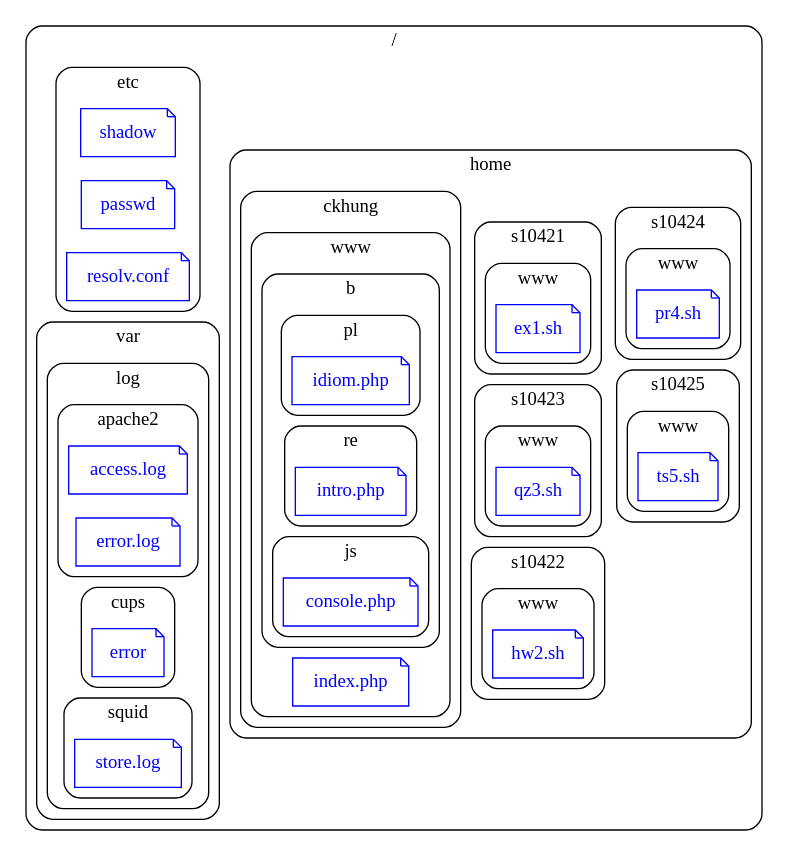
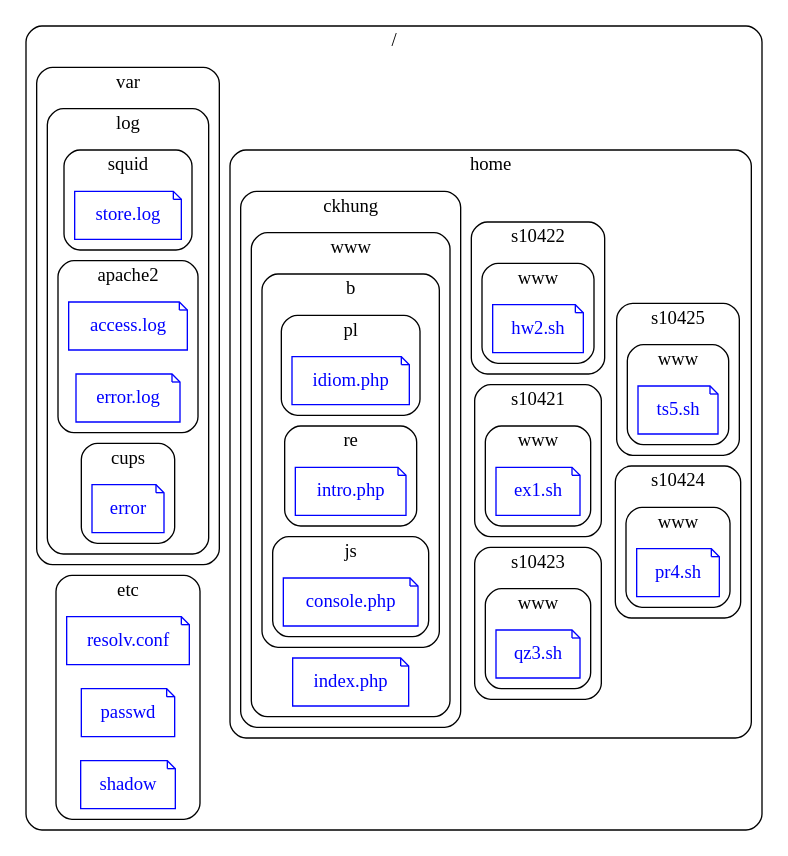
One commit to ckhung/dirtree2dot changed the diagram in ex1.dot. Above: the diagram before and after it, drawn with Graphviz. The commit also changed 6 other files, not shown here.

```diff
--- a/ex1.dot
+++ b/ex1.dot
@@ -1,99 +1,99 @@
 digraph G{
   rankdir = LR;
   overlap = scale;
   # http://www.graphviz.org/content/global-subgraph-style-statements
   graph [shape="folder", style="rounded"];
   node [shape="note", color="blue", fontcolor="blue"];
   edge [style=invis];
   subgraph "cluster" {
     label="/";
-    subgraph "cluster_etc" {
-      label="etc";
-      "_etc_shadow" [ label="shadow"];
-      "_etc_passwd" [ label="passwd"];
-      "_etc_resolv.conf" [ label="resolv.conf"];
-    }
-    subgraph "cluster_var" {
+    subgraph "cluster/var" {
       label="var";
-      subgraph "cluster_var_log" {
+      subgraph "cluster/var/log" {
         label="log";
-        subgraph "cluster_var_log_apache2" {
+        subgraph "cluster/var/log/squid" {
+          label="squid";
+          "/var/log/squid/store.log" [ label="store.log"];
+        }
+        subgraph "cluster/var/log/apache2" {
           label="apache2";
-          "_var_log_apache2_access.log" [ label="access.log"];
-          "_var_log_apache2_error.log" [ label="error.log"];
+          "/var/log/apache2/access.log" [ label="access.log"];
+          "/var/log/apache2/error.log" [ label="error.log"];
         }
-        subgraph "cluster_var_log_cups" {
+        subgraph "cluster/var/log/cups" {
           label="cups";
-          "_var_log_cups_error" [ label="error"];
-        }
-        subgraph "cluster_var_log_squid" {
-          label="squid";
-          "_var_log_squid_store.log" [ label="store.log"];
+          "/var/log/cups/error" [ label="error"];
         }
       }
     }
-    subgraph "cluster_home" {
+    subgraph "cluster/etc" {
+      label="etc";
+      "/etc/resolv.conf" [ label="resolv.conf"];
+      "/etc/passwd" [ label="passwd"];
+      "/etc/shadow" [ label="shadow"];
+    }
+    subgraph "cluster/home" {
       label="home";
-      subgraph "cluster_home_s10422" {
-        label="s10422";
-        subgraph "cluster_home_s10422_www" {
+      subgraph "cluster/home/ckhung" {
+        label="ckhung";
+        subgraph "cluster/home/ckhung/www" {
           label="www";
-          "_home_s10422_www_hw2.sh" [ label="hw2.sh"];
+          subgraph "cluster/home/ckhung/www/b" {
+            label="b";
+            subgraph "cluster/home/ckhung/www/b/pl" {
+              label="pl";
+              "/home/ckhung/www/b/pl/idiom.php" [ label="idiom.php"];
+            }
+            subgraph "cluster/home/ckhung/www/b/re" {
+              label="re";
+              "/home/ckhung/www/b/re/intro.php" [ label="intro.php"];
+            }
+            subgraph "cluster/home/ckhung/www/b/js" {
+              label="js";
+              "/home/ckhung/www/b/js/console.php" [ label="console.php"];
+            }
+          }
+          "/home/ckhung/www/index.php" [ label="index.php"];
         }
       }
-      subgraph "cluster_home_s10423" {
+      subgraph "cluster/home/s10423" {
         label="s10423";
-        subgraph "cluster_home_s10423_www" {
+        subgraph "cluster/home/s10423/www" {
           label="www";
-          "_home_s10423_www_qz3.sh" [ label="qz3.sh"];
+          "/home/s10423/www/qz3.sh" [ label="qz3.sh"];
         }
       }
-      subgraph "cluster_home_s10421" {
-        label="s10421";
-        subgraph "cluster_home_s10421_www" {
+      subgraph "cluster/home/s10424" {
+        label="s10424";
+        subgraph "cluster/home/s10424/www" {
           label="www";
-          "_home_s10421_www_ex1.sh" [ label="ex1.sh"];
+          "/home/s10424/www/pr4.sh" [ label="pr4.sh"];
         }
       }
-      subgraph "cluster_home_s10425" {
-        label="s10425";
-        subgraph "cluster_home_s10425_www" {
+      subgraph "cluster/home/s10421" {
+        label="s10421";
+        subgraph "cluster/home/s10421/www" {
           label="www";
-          "_home_s10425_www_ts5.sh" [ label="ts5.sh"];
+          "/home/s10421/www/ex1.sh" [ label="ex1.sh"];
         }
       }
-      subgraph "cluster_home_s10424" {
-        label="s10424";
-        subgraph "cluster_home_s10424_www" {
+      subgraph "cluster/home/s10422" {
+        label="s10422";
+        subgraph "cluster/home/s10422/www" {
           label="www";
-          "_home_s10424_www_pr4.sh" [ label="pr4.sh"];
+          "/home/s10422/www/hw2.sh" [ label="hw2.sh"];
         }
       }
-      subgraph "cluster_home_ckhung" {
-        label="ckhung";
-        subgraph "cluster_home_ckhung_www" {
+      subgraph "cluster/home/s10425" {
+        label="s10425";
+        subgraph "cluster/home/s10425/www" {
           label="www";
-          "_home_ckhung_www_index.php" [ label="index.php"];
-          subgraph "cluster_home_ckhung_www_b" {
-            label="b";
-            subgraph "cluster_home_ckhung_www_b_pl" {
-              label="pl";
-              "_home_ckhung_www_b_pl_idiom.php" [ label="idiom.php"];
-            }
-            subgraph "cluster_home_ckhung_www_b_re" {
-              label="re";
-              "_home_ckhung_www_b_re_intro.php" [ label="intro.php"];
-            }
-            subgraph "cluster_home_ckhung_www_b_js" {
-              label="js";
-              "_home_ckhung_www_b_js_console.php" [ label="console.php"];
-            }
-          }
+          "/home/s10425/www/ts5.sh" [ label="ts5.sh"];
         }
       }
     }
   }
-  {"_etc_passwd" "_var_log_squid_store.log"} -> "_home_ckhung_www_b_re_intro.php";
-  "_home_ckhung_www_b_re_intro.php" -> { "_home_s10421_www_ex1.sh" "_home_s10422_www_hw2.sh" "_home_s10423_www_qz3.sh" };
-  "_home_s10421_www_ex1.sh" -> { "_home_s10424_www_pr4.sh" "_home_s10425_www_ts5.sh" };
+  {"/etc/passwd" "/var/log/squid/store.log"} -> "/home/ckhung/www/b/re/intro.php";
+  "/home/ckhung/www/b/re/intro.php" -> { "/home/s10421/www/ex1.sh" "/home/s10422/www/hw2.sh" "/home/s10423/www/qz3.sh" };
+  "/home/s10421/www/ex1.sh" -> { "/home/s10424/www/pr4.sh" "/home/s10425/www/ts5.sh" };
 }
```
